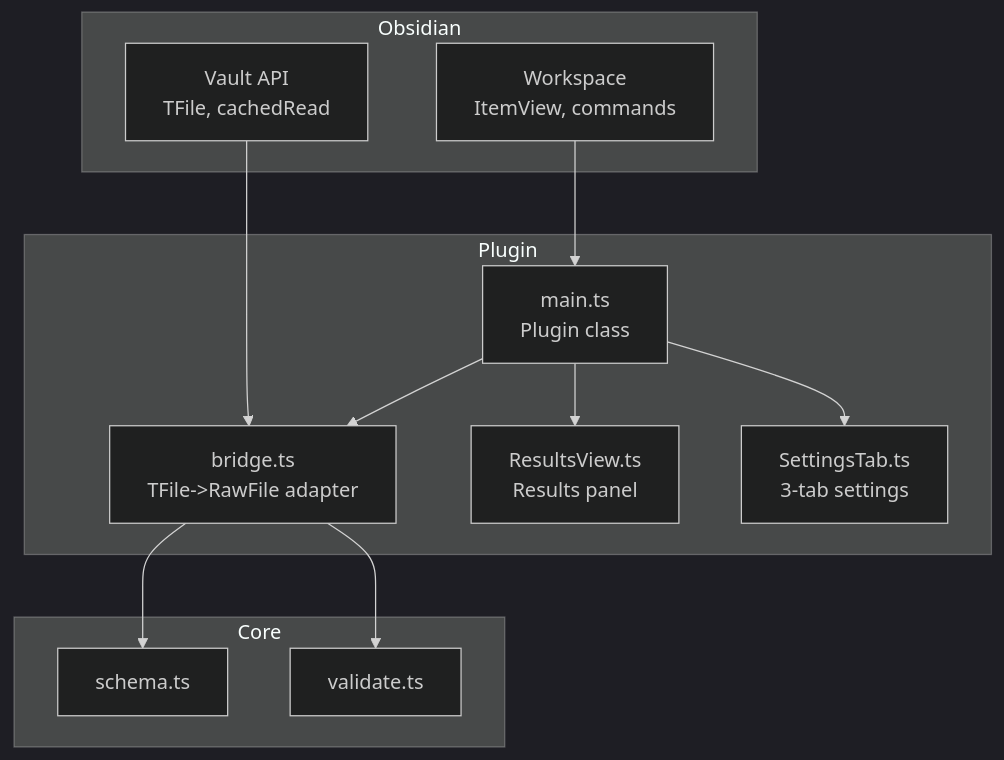
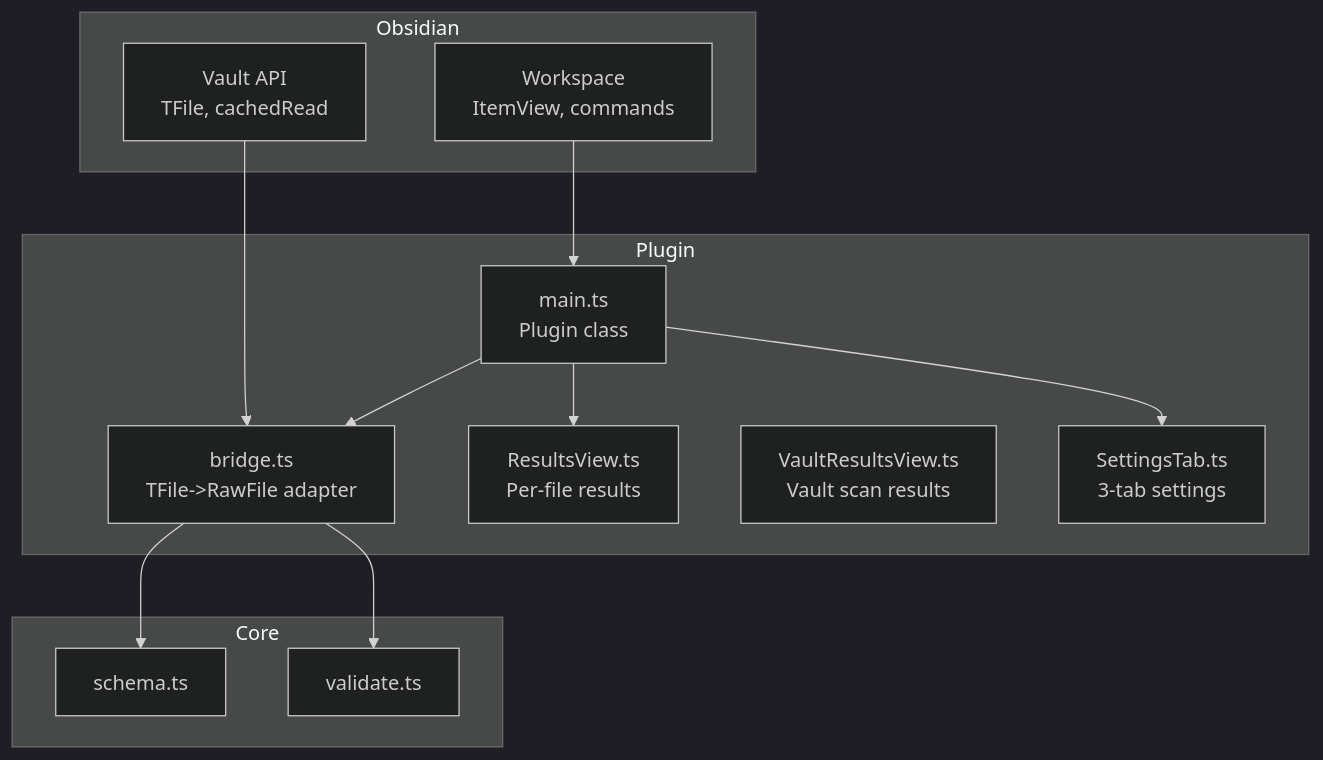
Before and after one commit to mishachepi/obsi-validate: the fourth of 4 diagrams in docs/architecture.md, drawn with Mermaid (dark theme). The commit also changed other lines of this file and 31 other files, not shown here.

Commit message:
feat: schema v2 (entity_name/property_name), nullable, vault results view, open file

````diff
--- a/docs/architecture.md
+++ b/docs/architecture.md
@@ -150,27 +151,28 @@
 ```mermaid
 flowchart TB
     subgraph Obsidian
         VA[Vault API<br/>TFile, cachedRead]
         WS[Workspace<br/>ItemView, commands]
     end
 
     subgraph Plugin
         M[main.ts<br/>Plugin class]
         B[bridge.ts<br/>TFile->RawFile adapter]
-        RV[ResultsView.ts<br/>Results panel]
+        RV[ResultsView.ts<br/>Per-file results]
+        VRV[VaultResultsView.ts<br/>Vault scan results]
         ST[SettingsTab.ts<br/>3-tab settings]
     end
 
     subgraph Core
         SC[schema.ts]
         VL[validate.ts]
     end
 
     VA --> B
     B --> SC
     B --> VL
     M --> B
     M --> RV
     M --> ST
     WS --> M
 ```
````
